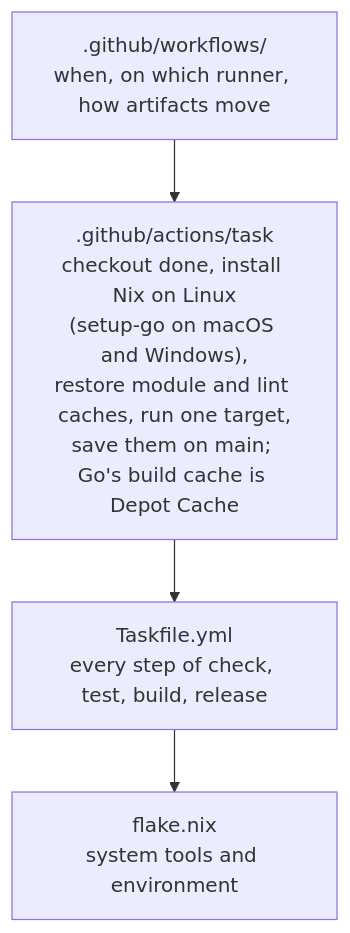
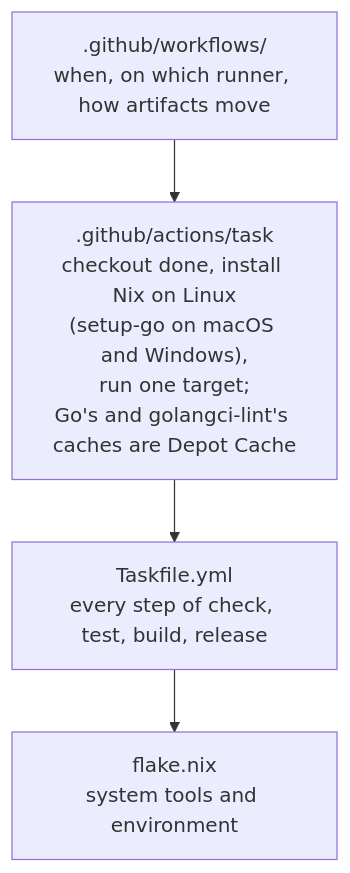
Before and after one commit to discobox-ai/discobox: the third of 5 diagrams in DESIGN.md, drawn with Mermaid. The commit also changed other lines of this file and 3 other files, not shown here.

First line of the commit message:
ci: cache nothing in actions/cache

````diff
--- a/DESIGN.md
+++ b/DESIGN.md
@@ -257,9 +257,9 @@
 ```mermaid
 flowchart TD
     workflows[".github/workflows/<br/>when, on which runner, how artifacts move"]
-    action[".github/actions/task<br/>checkout done, install Nix on Linux<br/>(setup-go on macOS and Windows),<br/>restore module and lint caches, run one target,<br/>save them on main; Go's build cache is Depot Cache"]
+    action[".github/actions/task<br/>checkout done, install Nix on Linux<br/>(setup-go on macOS and Windows),<br/>run one target;<br/>Go's and golangci-lint's caches are Depot Cache"]
     taskfile["Taskfile.yml<br/>every step of check, test, build, release"]
     flake["flake.nix<br/>system tools and environment"]
 
     workflows --> action --> taskfile --> flake
 ```
````
